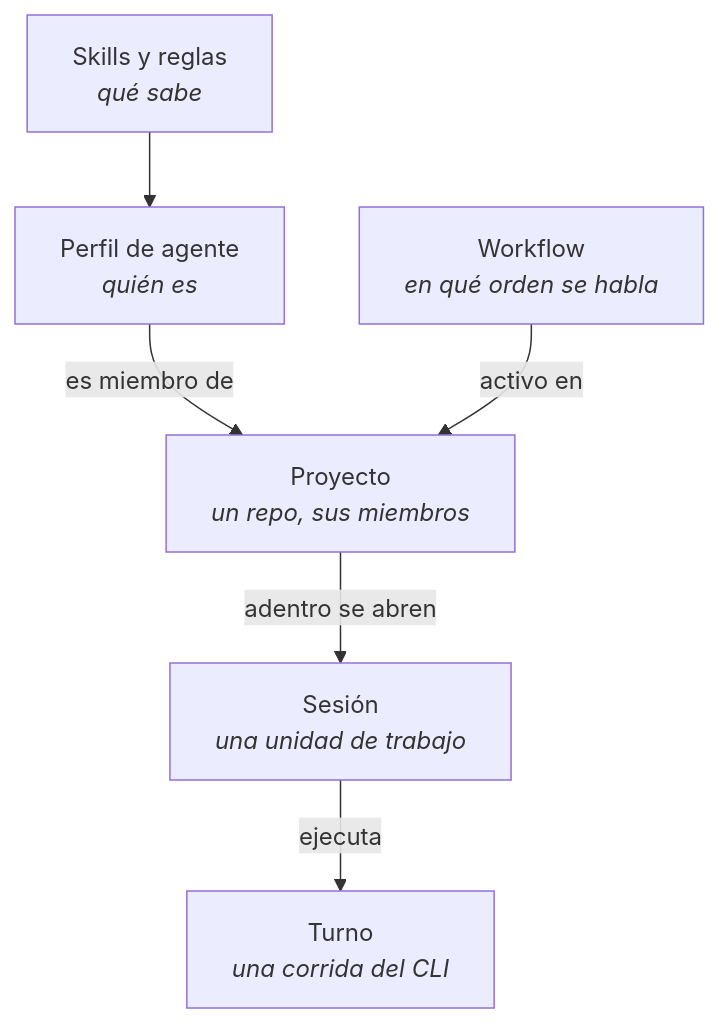
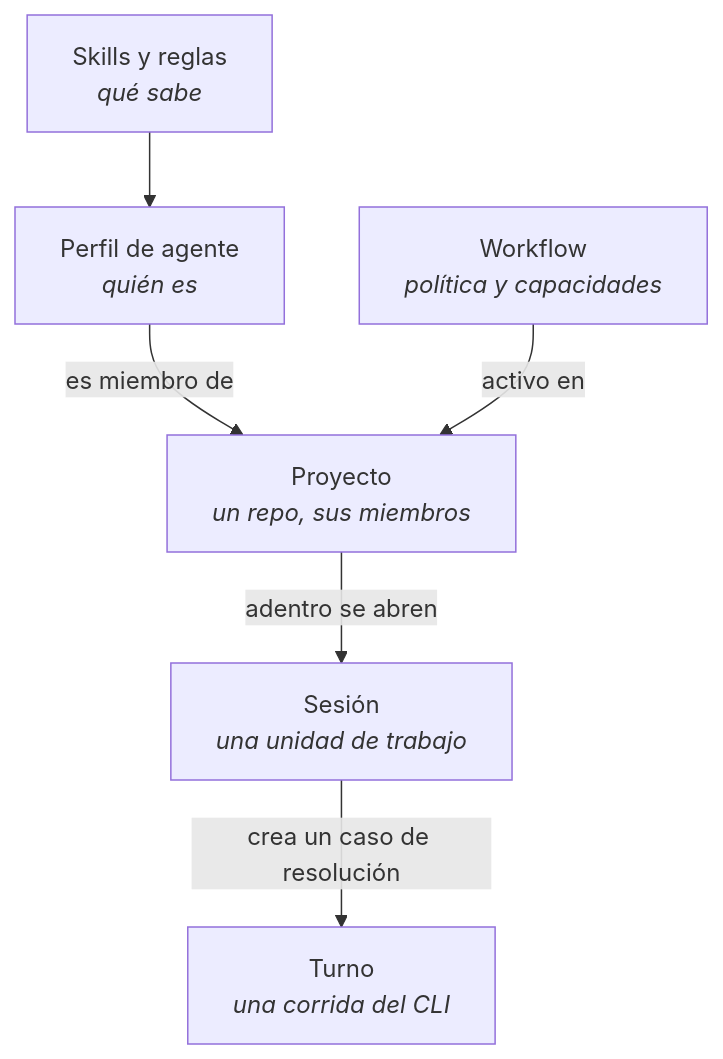
The first of 4 diagrams in README.md (JhonaCodes/keel-ui), drawn with Mermaid before and after one commit. The commit also changed other lines of this file and 181 other files, not shown here.

````diff
--- a/README.md
+++ b/README.md
@@ -51,15 +51,15 @@
 ```mermaid
 flowchart TD
     P["Perfil de agente<br><i>quién es</i>"]
     S["Skills y reglas<br><i>qué sabe</i>"]
-    W["Workflow<br><i>en qué orden se habla</i>"]
+    W["Workflow<br><i>política y capacidades</i>"]
     PR["Proyecto<br><i>un repo, sus miembros</i>"]
     SE["Sesión<br><i>una unidad de trabajo</i>"]
     T["Turno<br><i>una corrida del CLI</i>"]
 
     S --> P
     P -->|es miembro de| PR
     W -->|activo en| PR
     PR -->|adentro se abren| SE
-    SE -->|ejecuta| T
+    SE -->|crea un caso de resolución| T
 ```
````
